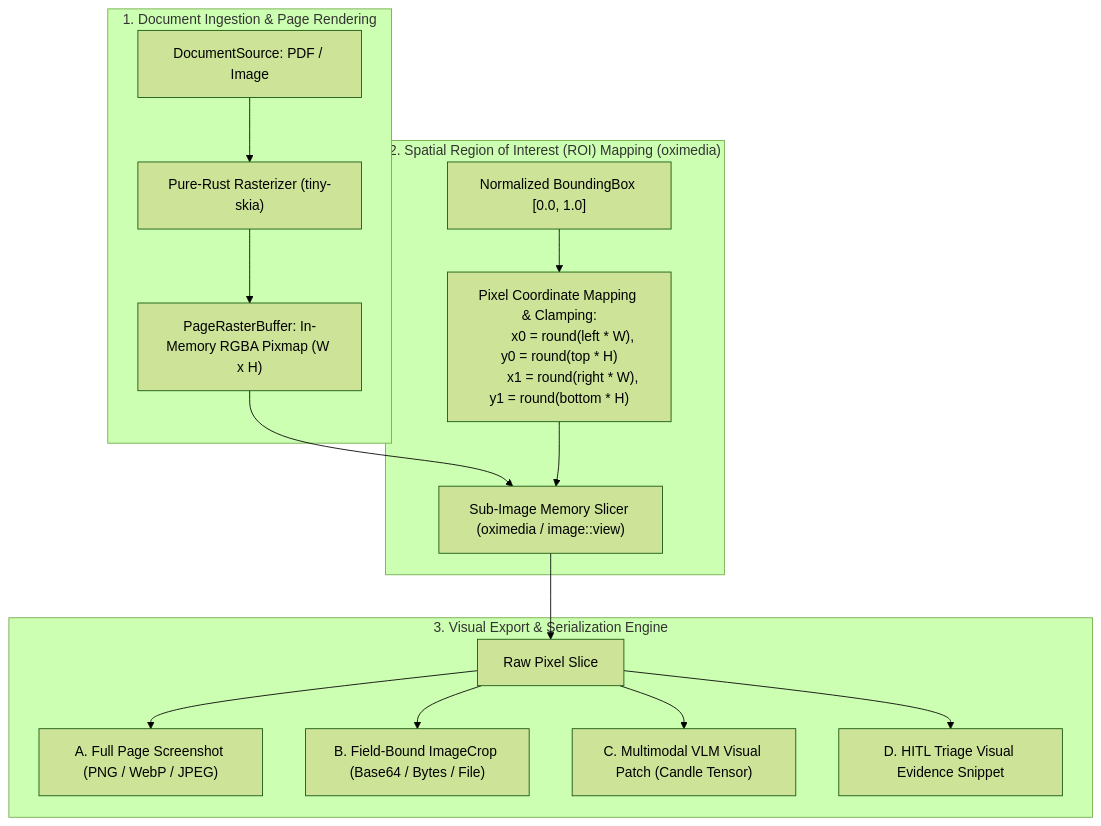
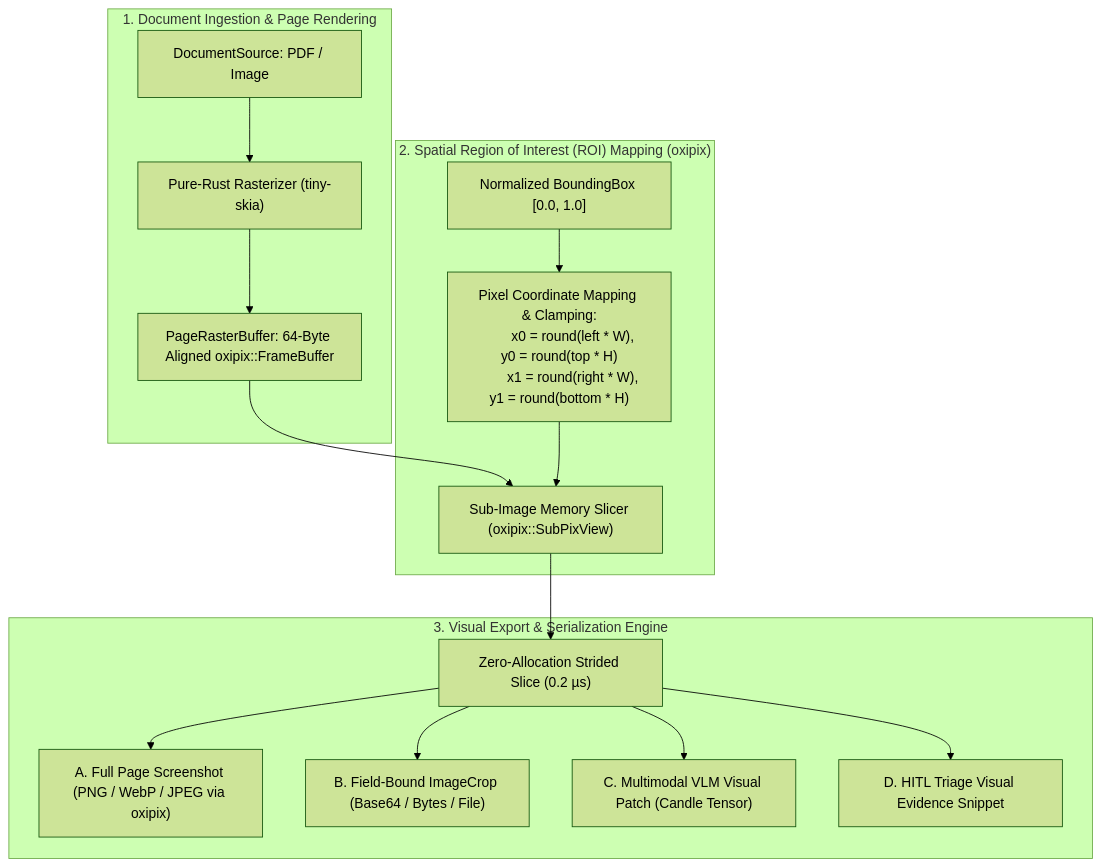
Before and after one commit to yasuomaidana/docula: the diagram in docs/18_DOCUMENT_SCREENSHOTS_AND_REGION_CROPPING.md, drawn with Mermaid (forest theme). The commit also changed other lines of this file and 6 other files, not shown here.

````diff
--- a/docs/18_DOCUMENT_SCREENSHOTS_AND_REGION_CROPPING.md
+++ b/docs/18_DOCUMENT_SCREENSHOTS_AND_REGION_CROPPING.md
@@ -15,24 +15,22 @@
 ```mermaid
 flowchart TD
     subgraph Ingestion["1. Document Ingestion & Page Rendering"]
         DocSource[DocumentSource: PDF / Image] --> Rasterizer["Pure-Rust Rasterizer (tiny-skia)"]
-        Rasterizer --> PageBuffer["PageRasterBuffer: In-Memory RGBA Pixmap (W x H)"]
+        Rasterizer --> PageBuffer["PageRasterBuffer: 64-Byte Aligned oxipix::FrameBuffer"]
     end
 
-    subgraph Geometry["2. Spatial Region of Interest (ROI) Mapping (oximedia)"]
-        TargetBBox["Normalized BoundingBox [0.0, 1.0]"] --> PixelCalc["Pixel Coordinate Mapping & Clamping:
-        x0 = round(left * W), y0 = round(top * H)
-        x1 = round(right * W), y1 = round(bottom * H)"]
-        PageBuffer --> Slicer["Sub-Image Memory Slicer (oximedia / image::view)"]
+    subgraph Geometry["2. Spatial Region of Interest (ROI) Mapping (oxipix)"]
+        TargetBBox["Normalized BoundingBox [0.0, 1.0]"] --> PixelCalc["Pixel Coordinate Mapping & Clamping:\n        x0 = round(left * W), y0 = round(top * H)\n        x1 = round(right * W), y1 = round(bottom * H)"]
+        PageBuffer --> Slicer["Sub-Image Memory Slicer (oxipix::SubPixView)"]
         PixelCalc --> Slicer
     end
 
     subgraph OutputModes["3. Visual Export & Serialization Engine"]
-        Slicer --> CropBuffer[Raw Pixel Slice]
+        Slicer --> CropBuffer["Zero-Allocation Strided Slice (0.2 µs)"]
         
-        CropBuffer --> ModeA["A. Full Page Screenshot (PNG / WebP / JPEG)"]
+        CropBuffer --> ModeA["A. Full Page Screenshot (PNG / WebP / JPEG via oxipix)"]
         CropBuffer --> ModeB["B. Field-Bound ImageCrop (Base64 / Bytes / File)"]
         CropBuffer --> ModeC["C. Multimodal VLM Visual Patch (Candle Tensor)"]
         CropBuffer --> ModeD["D. HITL Triage Visual Evidence Snippet"]
     end
 ```
````
